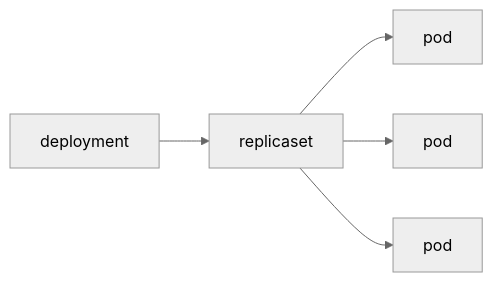
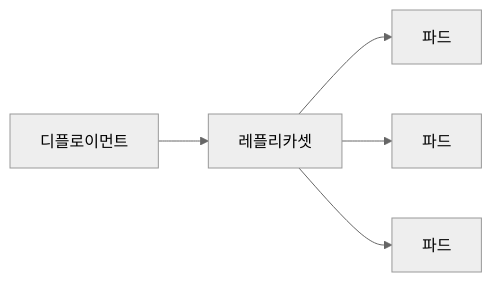
The diagram in content/kubernetes-101/ko/03-deployment.md (yeongseon-books/book-content), drawn with Mermaid (neutral theme) before and after one commit. The commit also changed other lines of this file and 4 other files, not shown here.

````diff
--- a/content/kubernetes-101/ko/03-deployment.md
+++ b/content/kubernetes-101/ko/03-deployment.md
@@ -33,7 +51,7 @@
 ```mermaid
 flowchart LR
-    Dep["deployment"] --> RS["replicaset"]
-    RS --> P1["pod"]
-    RS --> P2["pod"]
-    RS --> P3["pod"]
+    Dep["디플로이먼트"] --> RS["레플리카셋"]
+    RS --> P1["파드"]
+    RS --> P2["파드"]
+    RS --> P3["파드"]
 ```
````
